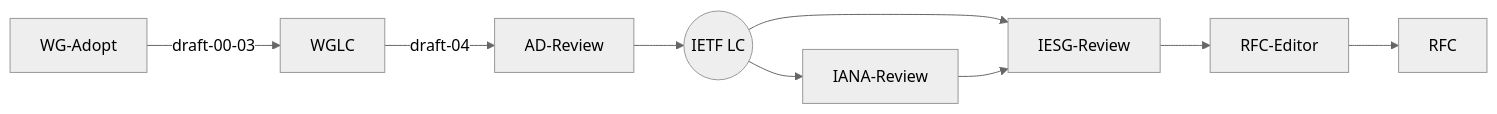
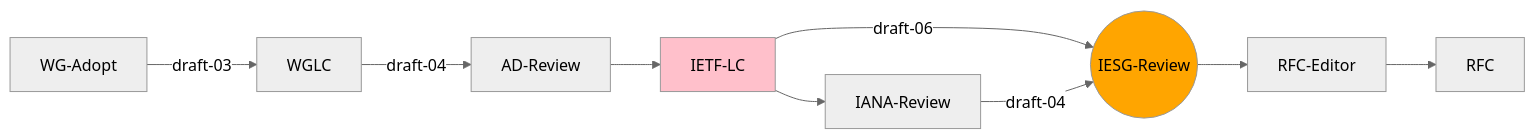
The first of 8 diagrams in index.md (ietf-wg-httpapi/ietf-wg-httpapi.github.io), drawn with Mermaid (neutral theme) before and after one commit. The commit also changed other lines of this file, not shown here.

Commit message:
Updated progress graphs for IETF 116

````diff
--- a/index.md
+++ b/index.md
@@ -23,11 +23,18 @@
 ```mermaid
 graph LR
-    WG-Adopt --draft-00-03--> WGLC
+    classDef current fill:orange
+    classDef lastIETF fill:pink
+
+    WG-Adopt --draft-03--> WGLC
     WGLC --draft-04--> AD-Review
-    AD-Review --> IETF-LC((IETF LC))
+    AD-Review --> IETF-LC
+    class IETF-LC lastIETF
     IETF-LC --> IANA-Review 
-    IETF-LC --> IESG-Review
-    IANA-Review --> IESG-Review
+    IETF-LC --draft-06--> IESG-Review((IESG-Review))
+    class IESG-Review current
+    IANA-Review --draft-04--> IESG-Review
     IESG-Review --> RFC-Editor
     RFC-Editor --> RFC
+
+
 ```
````
